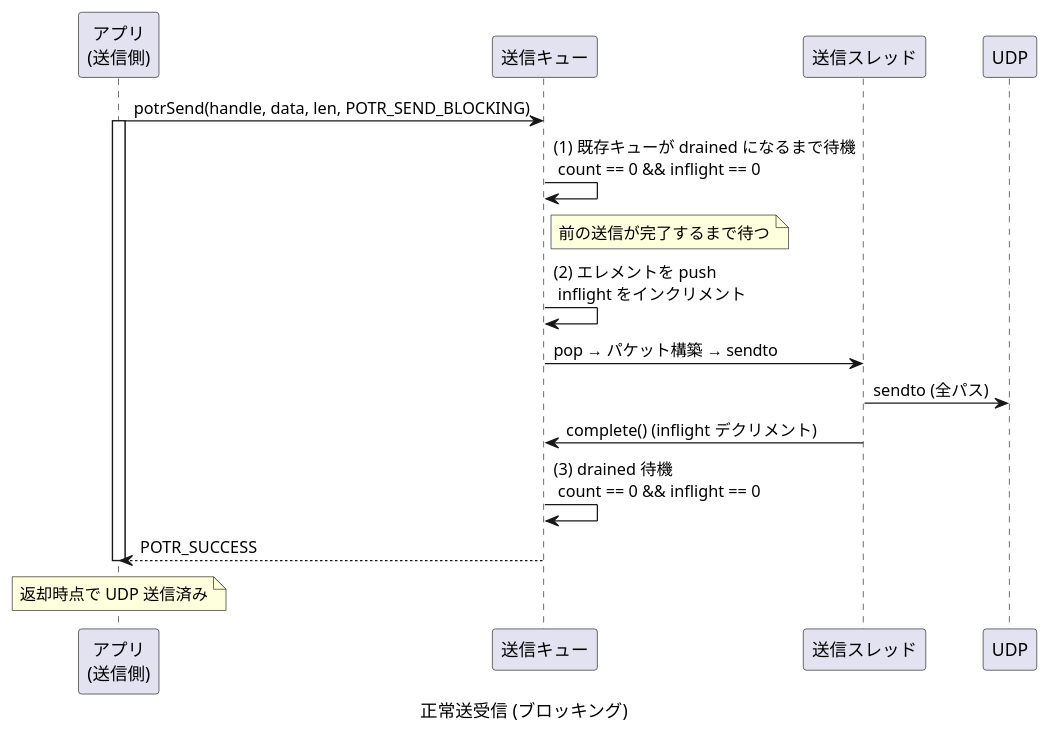
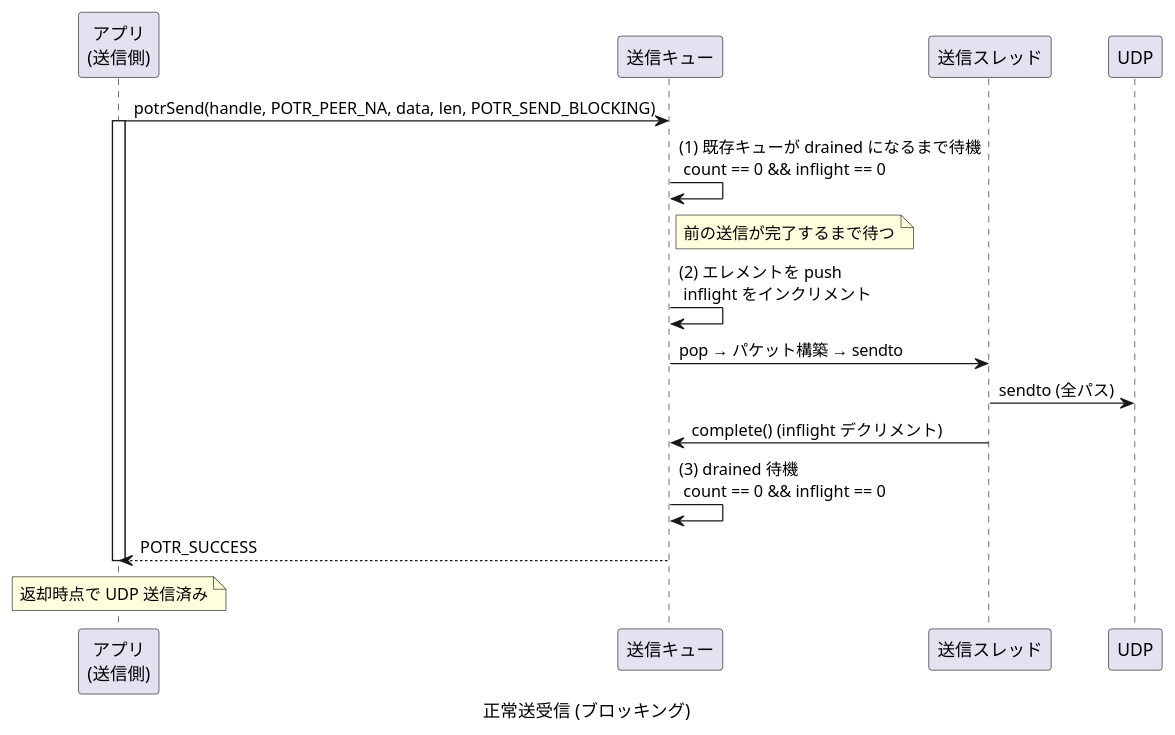
Before and after one commit to Hondarer/c-modernization-kit: the fourth of 20 diagrams in prod/porter/docs/sequence.md, drawn with PlantUML. The commit also changed other lines of this file and 13 other files, not shown here.

````diff
--- a/prod/porter/docs/sequence.md
+++ b/prod/porter/docs/sequence.md
@@ -118,30 +118,30 @@
 ```plantuml
 @startuml 正常送受信 (ブロッキング)
 caption 正常送受信 (ブロッキング)
 
 participant "アプリ\n(送信側)" as SAPP
 participant "送信キュー" as Q
 participant "送信スレッド" as ST
 participant "UDP" as UDP
 
-SAPP -> Q: potrSend(handle, data, len, POTR_SEND_BLOCKING)
+SAPP -> Q: potrSend(handle, POTR_PEER_NA, data, len, POTR_SEND_BLOCKING)
 activate SAPP
 
 Q -> Q: (1) 既存キューが drained になるまで待機\n count == 0 && inflight == 0
 note right of Q: 前の送信が完了するまで待つ
 
 Q -> Q: (2) エレメントを push\n inflight をインクリメント
 
 Q -> ST: pop → パケット構築 → sendto
 ST -> UDP: sendto (全パス)
 ST -> Q: complete() (inflight デクリメント)
 
 Q -> Q: (3) drained 待機\n count == 0 && inflight == 0
 
 Q --> SAPP: POTR_SUCCESS
 deactivate SAPP
 
 note over SAPP: 返却時点で UDP 送信済み
 
 @enduml
 ```
````
